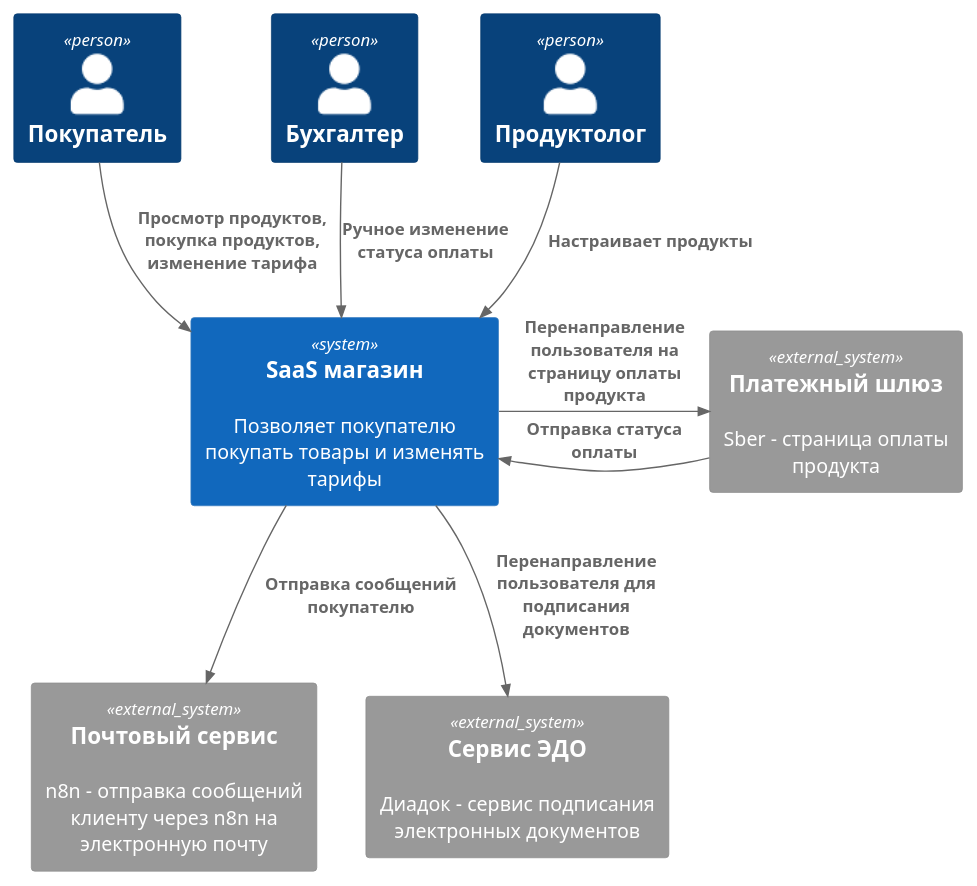
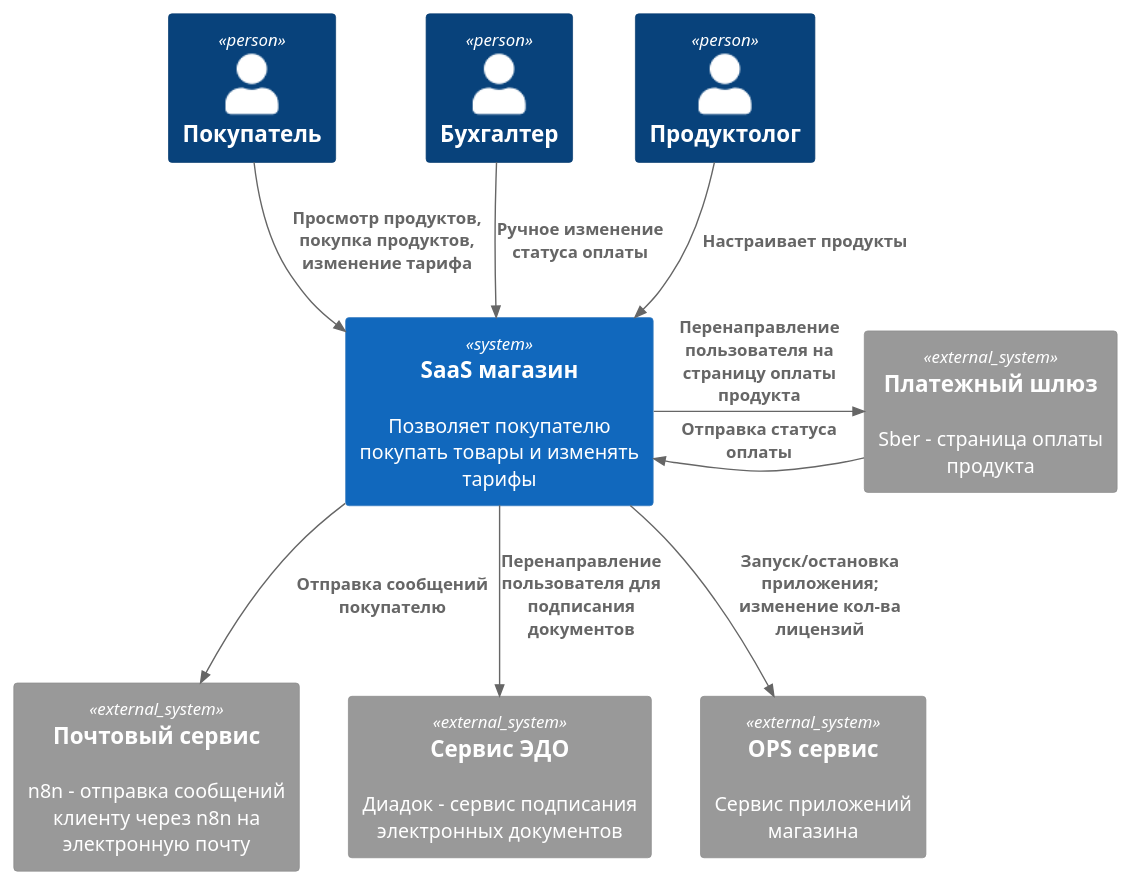
The diagram in docs/c4/1.context.puml (kelvionald/saas-shop), drawn with PlantUML before and after one commit.

Commit message:
контекст: ops система

```diff
--- a/docs/c4/1.context.puml
+++ b/docs/c4/1.context.puml
@@ -1,25 +1,27 @@
 @startuml
 !include https://raw.githubusercontent.com/plantuml-stdlib/C4-PlantUML/master/C4_Context.puml
 
 AddElementTag("fallback", $bgColor="#444444")
 
 
 Person(user_customer, "Покупатель")
 Person(user_accountant, "Бухгалтер")
 Person(user_programmer, "Продуктолог")
 
 System(system_shop, "SaaS магазин", "Позволяет покупателю покупать товары и изменять тарифы")
 
 System_Ext(system_email, "Почтовый сервис", "n8n - отправка сообщений клиенту через n8n на электронную почту")
 System_Ext(system_bank, "Платежный шлюз", "Sber - страница оплаты продукта")
 System_Ext(system_docs, "Сервис ЭДО", "Диадок - сервис подписания электронных документов")
+System_Ext(system_ops, "OPS сервис", "Сервис приложений магазина")
 
 Rel(user_customer, system_shop, "Просмотр продуктов, покупка продуктов, изменение тарифа")
 Rel(user_accountant, system_shop, "Ручное изменение статуса оплаты")
 Rel(user_programmer, system_shop, "Настраивает продукты")
 Rel(system_shop, system_email, "Отправка сообщений покупателю")
 Rel_R(system_shop, system_bank, "Перенаправление пользователя на страницу оплаты продукта")
 Rel_R(system_bank, system_shop, "Отправка статуса оплаты")
 Rel(system_shop, system_docs, "Перенаправление пользователя для подписания документов")
+Rel(system_shop, system_ops, "Запуск/остановка приложения; изменение кол-ва лицензий")
 
 @enduml
```
